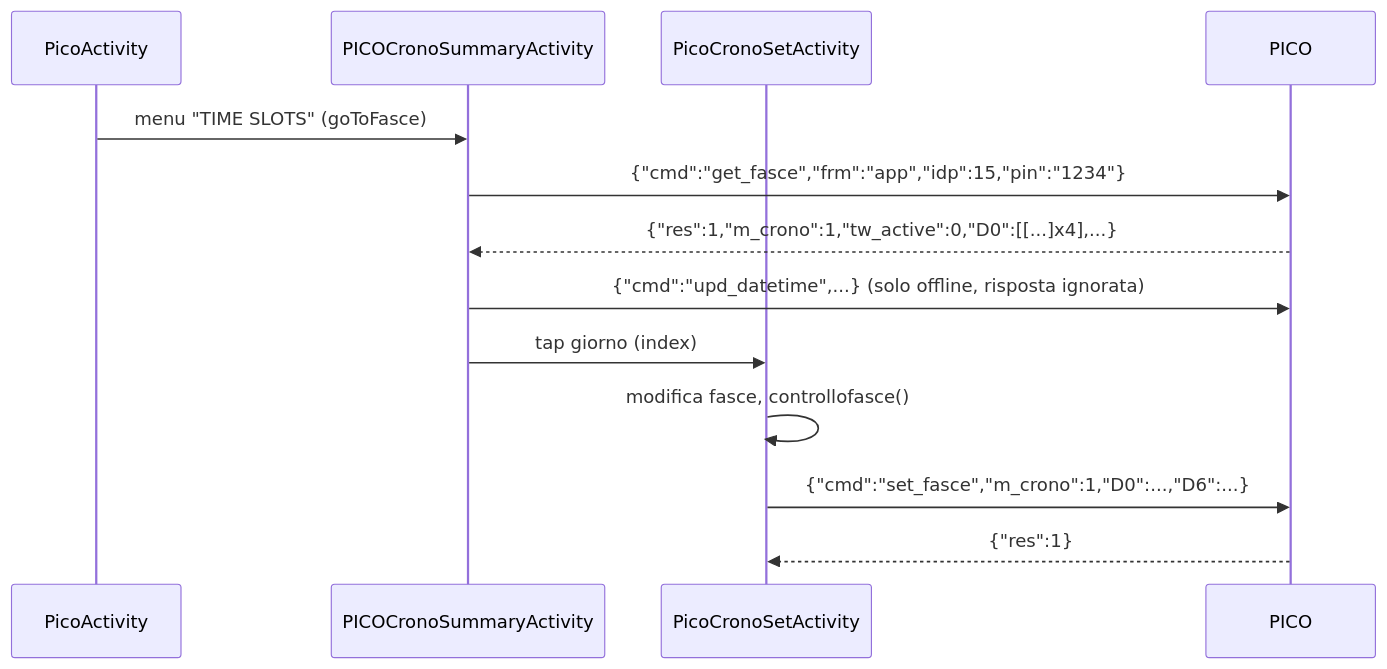
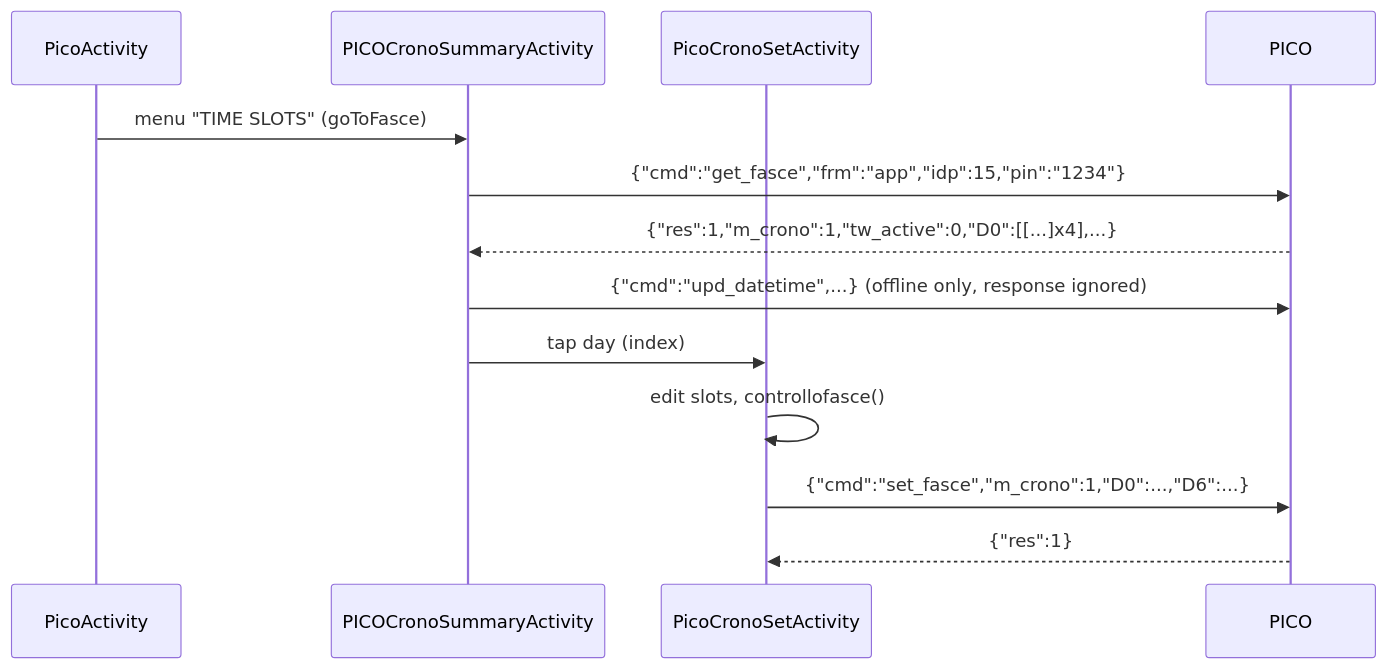
One commit to VoidElle/open-pico-local-api changed the fourth of 4 diagrams in docs/app-flows/02-pico-runtime.md. Above: the diagram before and after it, drawn with Mermaid. The commit also changed other lines of this file and 5 other files, not shown here.

Commit message:
docs: Added app flows

````diff
--- a/docs/app-flows/02-pico-runtime.md
+++ b/docs/app-flows/02-pico-runtime.md
@@ -532,15 +527,15 @@
 ```mermaid
 sequenceDiagram
     participant S as PicoActivity
     participant M as PICOCronoSummaryActivity
     participant E as PicoCronoSetActivity
     participant D as PICO
     S->>M: menu "TIME SLOTS" (goToFasce)
     M->>D: {"cmd":"get_fasce","frm":"app","idp":15,"pin":"1234"}
     D-->>M: {"res":1,"m_crono":1,"tw_active":0,"D0":[[...]x4],...}
-    M->>D: {"cmd":"upd_datetime",...} (solo offline, risposta ignorata)
-    M->>E: tap giorno (index)
-    E->>E: modifica fasce, controllofasce()
+    M->>D: {"cmd":"upd_datetime",...} (offline only, response ignored)
+    M->>E: tap day (index)
+    E->>E: edit slots, controllofasce()
     E->>D: {"cmd":"set_fasce","m_crono":1,"D0":...,"D6":...}
     D-->>E: {"res":1}
 ```
````
